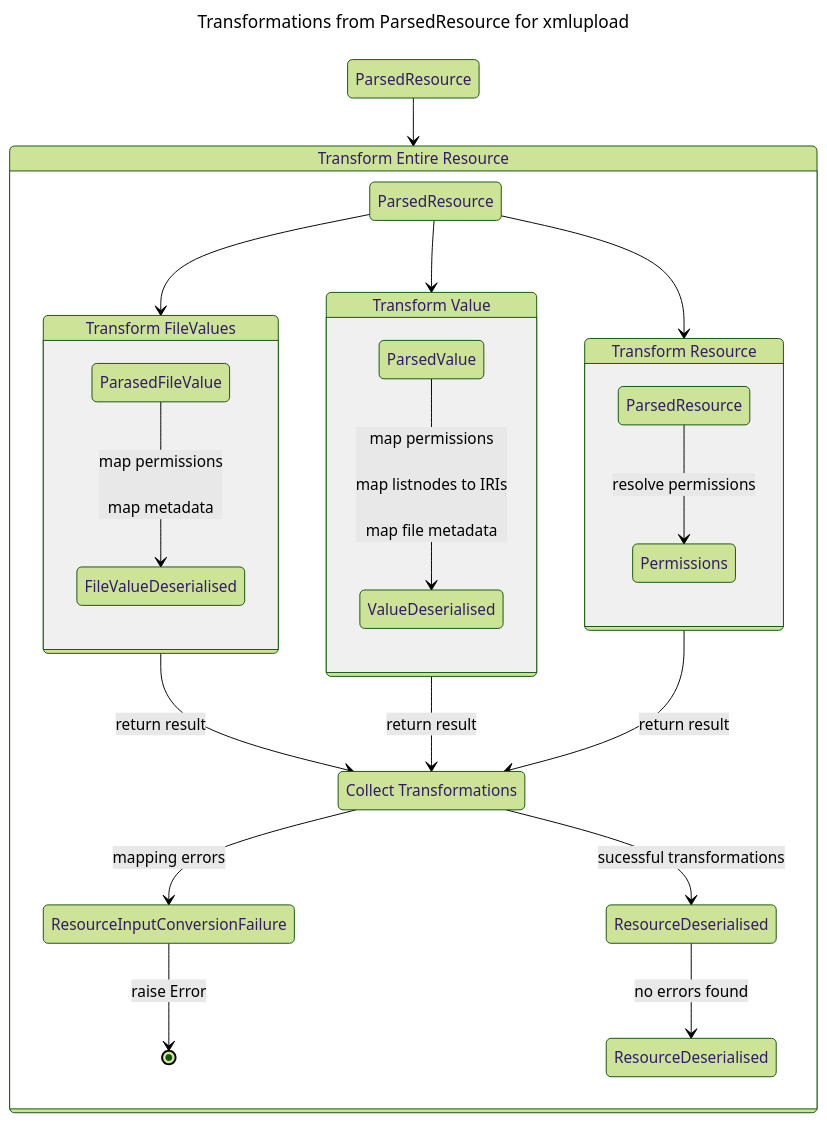
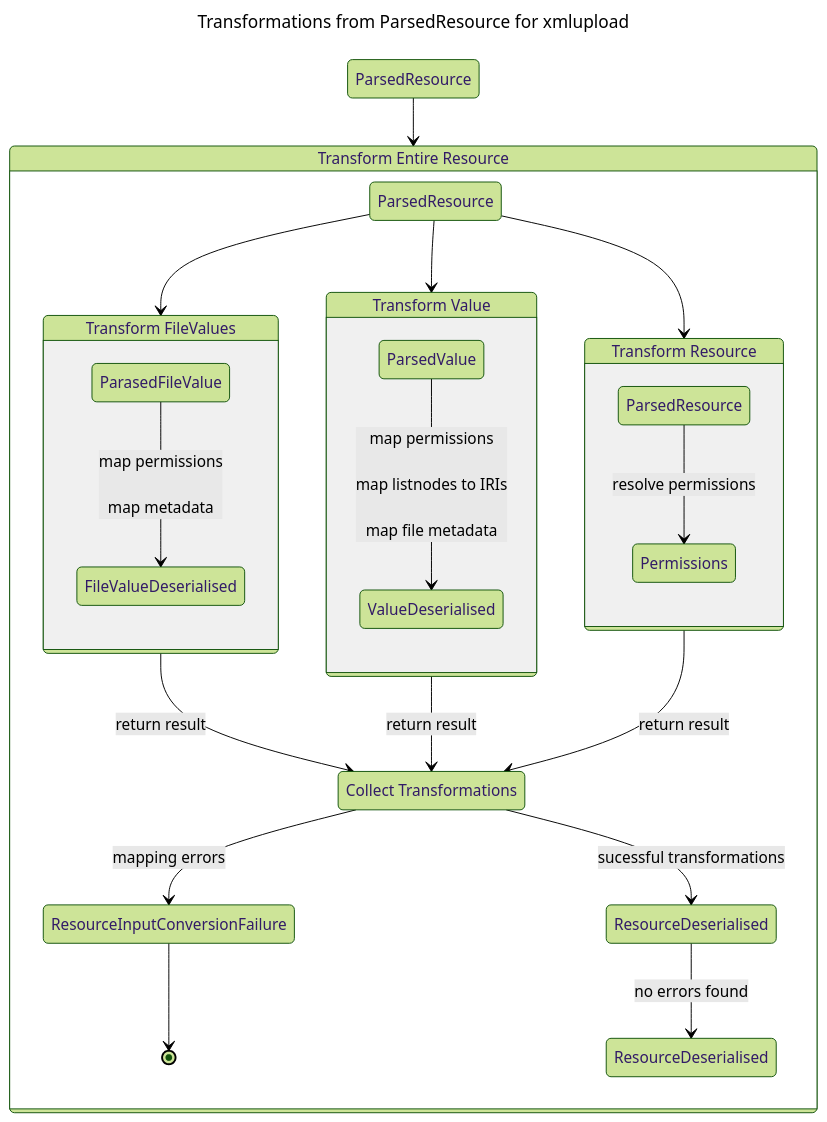
One commit to dasch-swiss/dsp-tools changed the second of 2 diagrams in docs/developers/architecture.md. Above: the diagram before and after it, drawn with Mermaid (forest theme). The commit also changed other lines of this file, not shown here.

````diff
--- a/docs/developers/architecture.md
+++ b/docs/developers/architecture.md
@@ -78,41 +41,41 @@
 ```mermaid
 ---
 title: Transformations from ParsedResource for xmlupload
 ---
 stateDiagram-v2
 
 state "ParsedResource" as start
 state "Transform Entire Resource" as transformall
 state "Transform Resource" as transformres
 state "Transform Value" as transfomrationval
 state "Transform FileValues" as transformfile
 state "ParsedValue" as parsedval
 state "ParsedResource" as parsedres
 state "ValueDeserialised" as valdes
 state "ResourceDeserialised" as result
 state "Collect Transformations" as coll
 
 start-->transformall
 
 state transformall {
     parsedres-->transformfile
     parsedres-->transfomrationval
     parsedres-->transformres
     state transformres {
         ParsedResource-->Permissions: resolve permissions
     }
     state transfomrationval {
         parsedval-->valdes: map permissions</br></br>map listnodes to IRIs</br></br>map file metadata
     }
     state transformfile {
         ParasedFileValue-->FileValueDeserialised: map permissions</br></br>map metadata
     }
     transformfile-->coll: return result
     transfomrationval-->coll: return result
     transformres-->coll: return result
     coll-->ResourceDeserialised: sucessful transformations
     coll-->ResourceInputConversionFailure: mapping errors
-    ResourceInputConversionFailure-->[*]: raise Error
+    ResourceInputConversionFailure-->[*]
     ResourceDeserialised-->result: no errors found
 }
 ```
````
